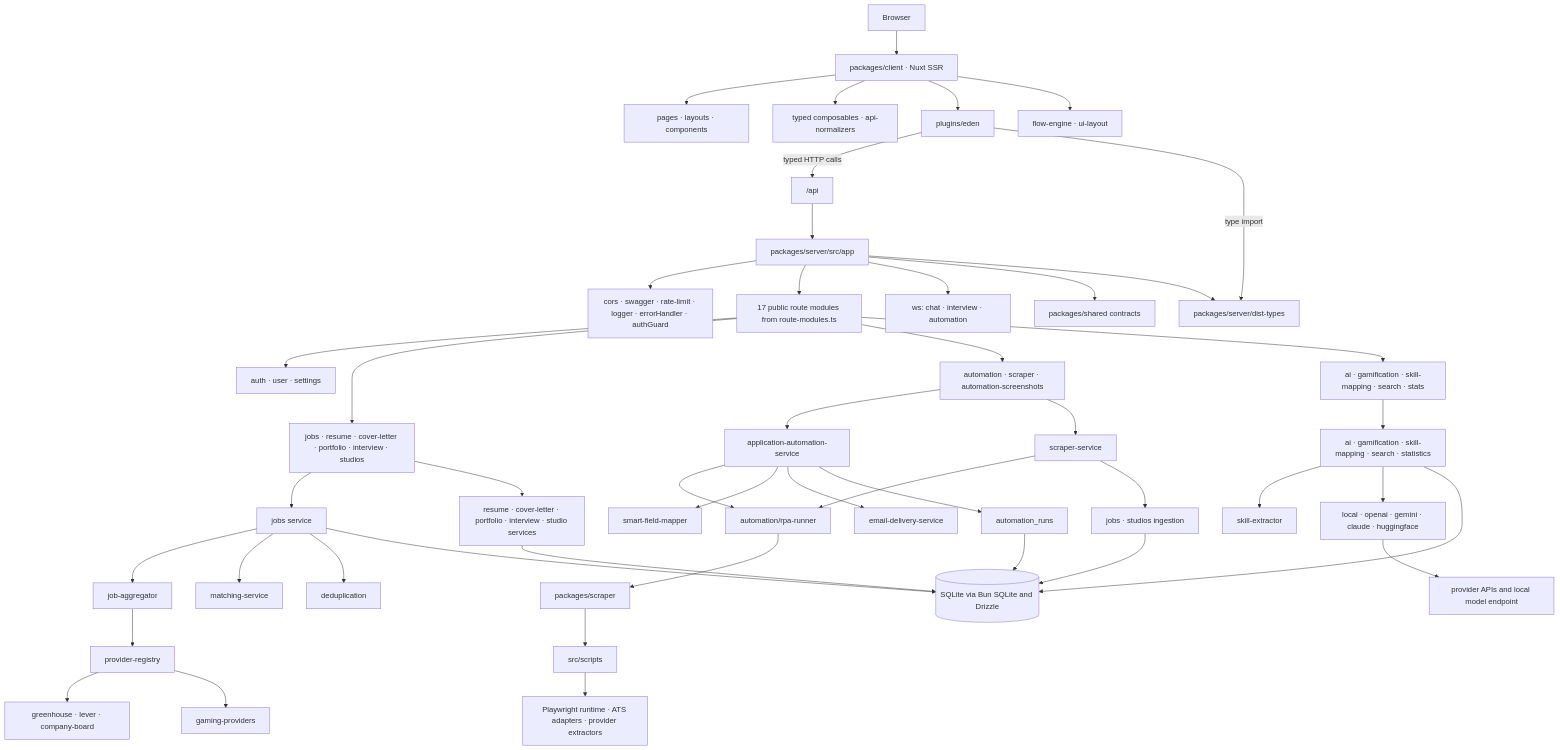
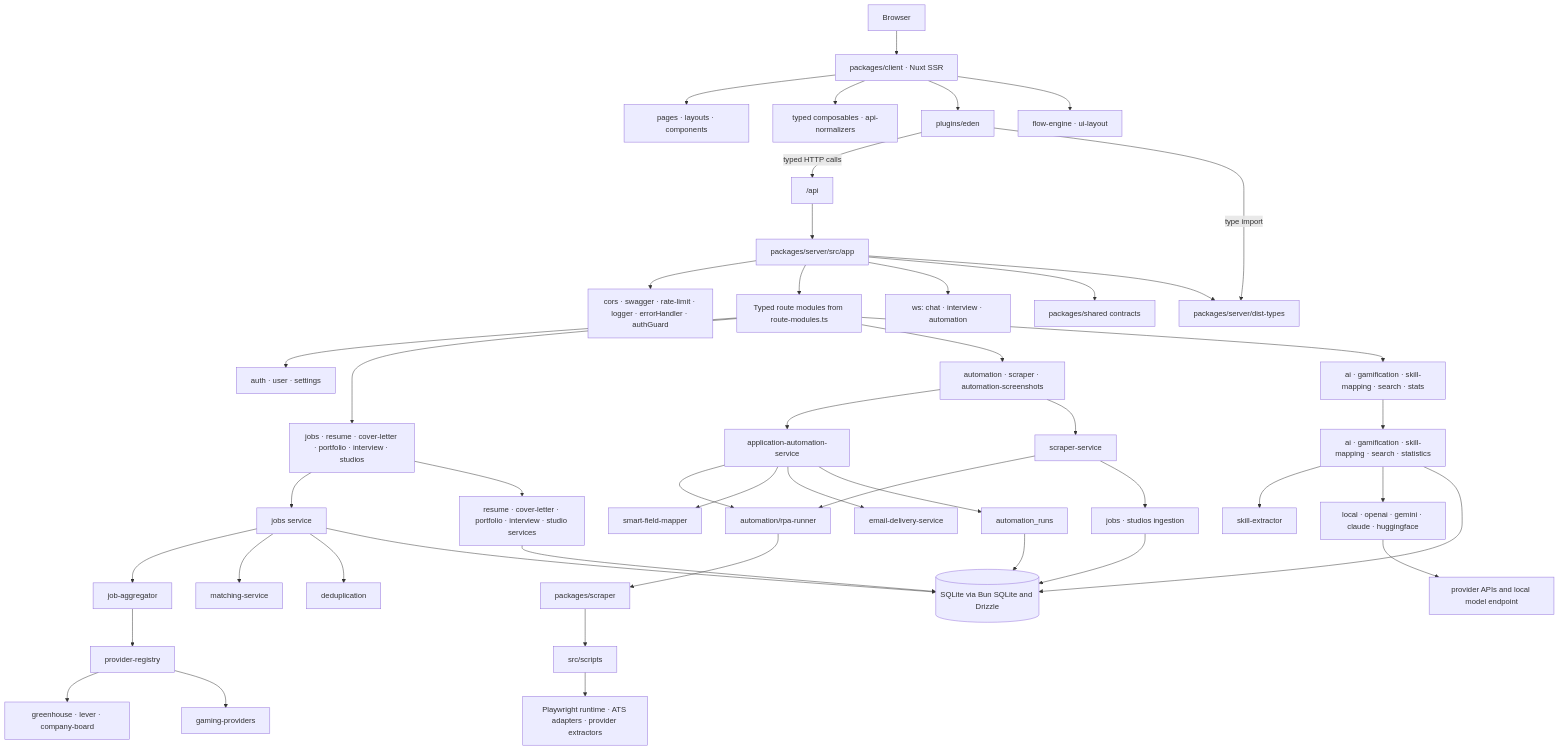
Before and after one commit to d4551/baobuildbuddy: the second of 3 diagrams in README.md, drawn with Mermaid. The commit also changed other lines of this file and 41 other files, not shown here.

````diff
--- a/README.md
+++ b/README.md
@@ -283,56 +283,56 @@
 ```mermaid
 flowchart TD
   Browser["Browser"] --> Client["packages/client · Nuxt SSR"]
   Client --> Pages["pages · layouts · components"]
   Client --> Composables["typed composables · api-normalizers"]
   Client --> EdenClient["plugins/eden"]
   Client --> FlowEngine["flow-engine · ui-layout"]
 
   ServerTypes["packages/server/dist-types"]
   Shared["packages/shared contracts"]
   EdenClient -->|"typed HTTP calls"| ApiPrefix["/api"]
   EdenClient -->|"type import"| ServerTypes
   ApiPrefix --> App["packages/server/src/app"]
   App --> Middleware["cors · swagger · rate-limit · logger · errorHandler · authGuard"]
-  App --> Routes["17 public route modules from route-modules.ts"]
+  App --> Routes["Typed route modules from route-modules.ts"]
   App --> WebSockets["ws: chat · interview · automation"]
   App --> Shared
   App --> ServerTypes
 
   Routes --> AuthRoutes["auth · user · settings"]
   Routes --> CareerRoutes["jobs · resume · cover-letter · portfolio · interview · studios"]
   Routes --> AutomationRoutes["automation · scraper · automation-screenshots"]
   Routes --> PlatformRoutes["ai · gamification · skill-mapping · search · stats"]
 
   CareerRoutes --> JobsSvc["jobs service"]
   JobsSvc --> JobAggregator["job-aggregator"]
   JobAggregator --> ProviderRegistry["provider-registry"]
   ProviderRegistry --> ATSProviders["greenhouse · lever · company-board"]
   ProviderRegistry --> GamingProviders["gaming-providers"]
   JobsSvc --> MatchingSvc["matching-service"]
   JobsSvc --> DedupSvc["deduplication"]
 
   CareerRoutes --> DomainServices["resume · cover-letter · portfolio · interview · studio services"]
   PlatformRoutes --> PlatformServices["ai · gamification · skill-mapping · search · statistics"]
   PlatformServices --> SkillExtractor["skill-extractor"]
   PlatformServices --> AiProviders["local · openai · gemini · claude · huggingface"]
   AiProviders --> ExternalAI["provider APIs and local model endpoint"]
 
   AutomationRoutes --> AutomationSvc["application-automation-service"]
   AutomationRoutes --> ScraperSvc["scraper-service"]
   AutomationSvc --> Runner["automation/rpa-runner"]
   AutomationSvc --> SmartFieldMapper["smart-field-mapper"]
   AutomationSvc --> EmailDelivery["email-delivery-service"]
   ScraperSvc --> Runner
   Runner --> ScraperPkg["packages/scraper"]
   ScraperPkg --> Scripts["src/scripts"]
   Scripts --> Runtime["Playwright runtime · ATS adapters · provider extractors"]
 
   JobsSvc --> DB[("SQLite via Bun SQLite and Drizzle")]
   DomainServices --> DB
   PlatformServices --> DB
   AutomationSvc --> AutomationRuns["automation_runs"]
   ScraperSvc --> JobsStudios["jobs · studios ingestion"]
   AutomationRuns --> DB
   JobsStudios --> DB
 ```
````
